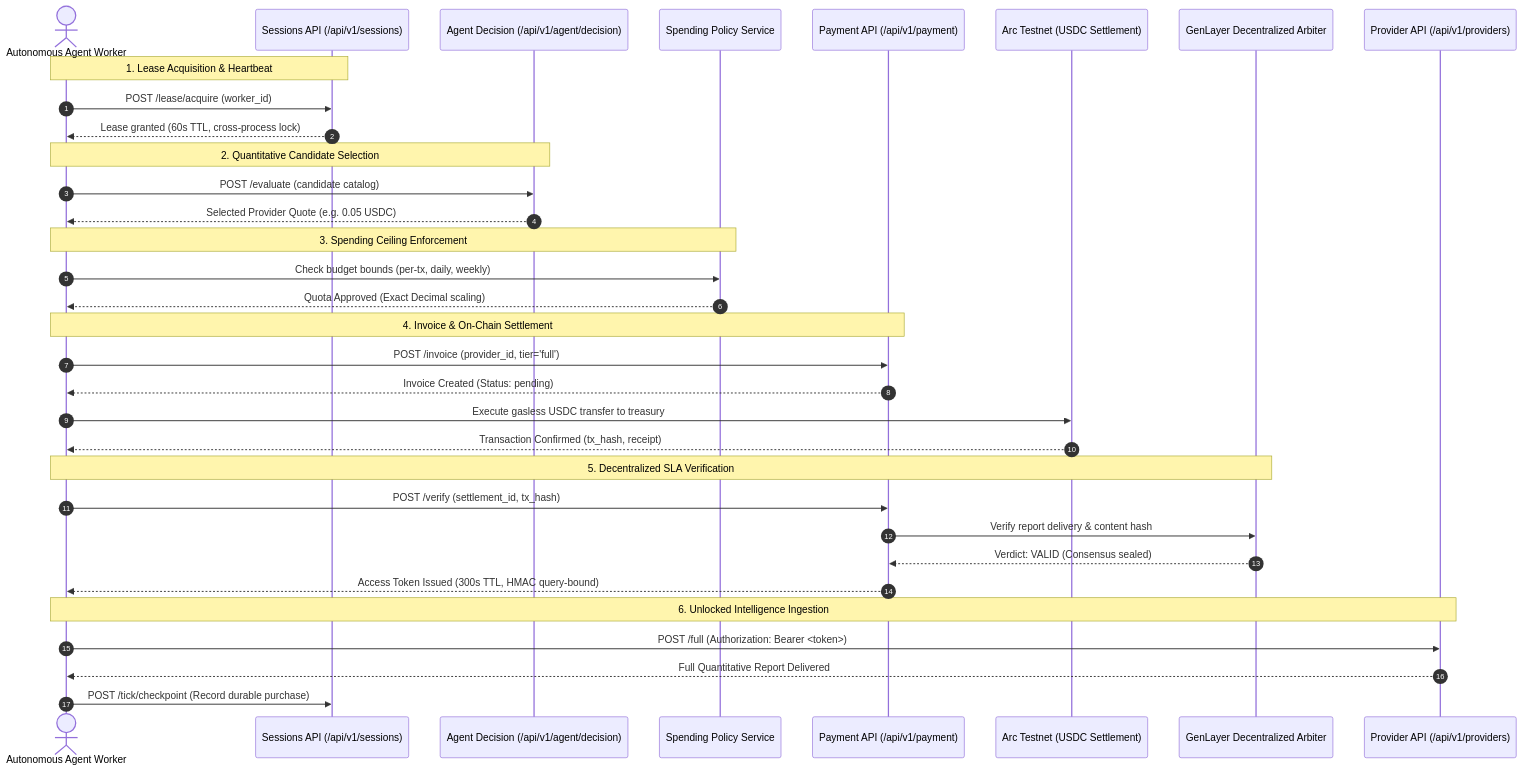
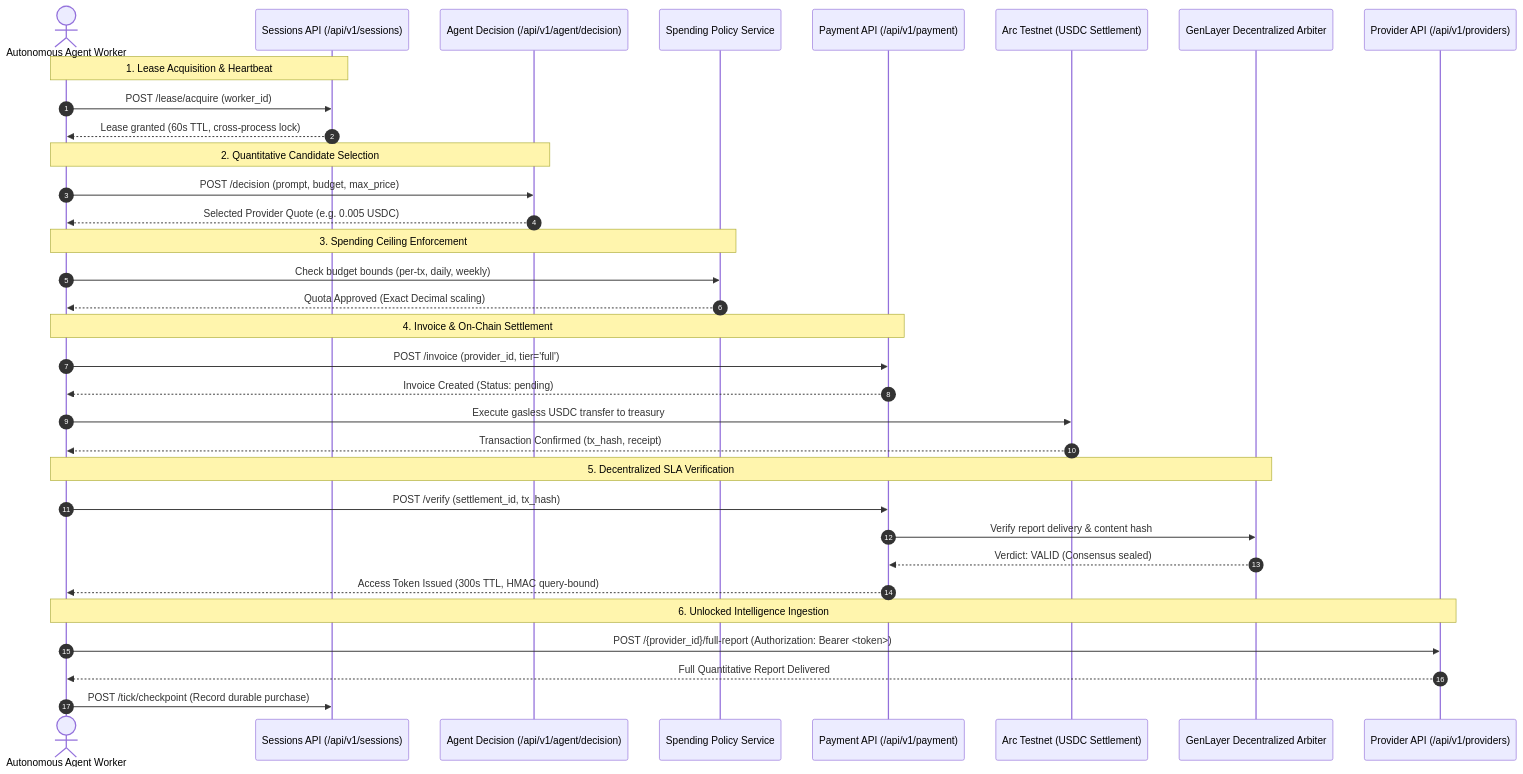
Before and after one commit to hoanlv214/genqma: the third of 7 diagrams in docs/ARCHITECTURE.md, drawn with Mermaid. The commit also changed other lines of this file and 11 other files, not shown here.

````diff
--- a/docs/ARCHITECTURE.md
+++ b/docs/ARCHITECTURE.md
@@ -136,41 +202,41 @@
 ```mermaid
 sequenceDiagram
     autonumber
     actor CLI as Autonomous Agent Worker
     participant SessionAPI as Sessions API (/api/v1/sessions)
     participant DecisionAPI as Agent Decision (/api/v1/agent/decision)
     participant SpendingPolicy as Spending Policy Service
     participant PaymentAPI as Payment API (/api/v1/payment)
     participant ArcChain as Arc Testnet (USDC Settlement)
     participant GenLayer as GenLayer Decentralized Arbiter
     participant ProviderAPI as Provider API (/api/v1/providers)
 
     Note over CLI, SessionAPI: 1. Lease Acquisition & Heartbeat
     CLI->>SessionAPI: POST /lease/acquire (worker_id)
     SessionAPI-->>CLI: Lease granted (60s TTL, cross-process lock)
 
     Note over CLI, DecisionAPI: 2. Quantitative Candidate Selection
-    CLI->>DecisionAPI: POST /evaluate (candidate catalog)
-    DecisionAPI-->>CLI: Selected Provider Quote (e.g. 0.05 USDC)
+    CLI->>DecisionAPI: POST /decision (prompt, budget, max_price)
+    DecisionAPI-->>CLI: Selected Provider Quote (e.g. 0.005 USDC)
 
     Note over CLI, SpendingPolicy: 3. Spending Ceiling Enforcement
     CLI->>SpendingPolicy: Check budget bounds (per-tx, daily, weekly)
     SpendingPolicy-->>CLI: Quota Approved (Exact Decimal scaling)
 
     Note over CLI, PaymentAPI: 4. Invoice & On-Chain Settlement
     CLI->>PaymentAPI: POST /invoice (provider_id, tier='full')
     PaymentAPI-->>CLI: Invoice Created (Status: pending)
     CLI->>ArcChain: Execute gasless USDC transfer to treasury
     ArcChain-->>CLI: Transaction Confirmed (tx_hash, receipt)
 
     Note over CLI, GenLayer: 5. Decentralized SLA Verification
     CLI->>PaymentAPI: POST /verify (settlement_id, tx_hash)
     PaymentAPI->>GenLayer: Verify report delivery & content hash
     GenLayer-->>PaymentAPI: Verdict: VALID (Consensus sealed)
     PaymentAPI-->>CLI: Access Token Issued (300s TTL, HMAC query-bound)
 
     Note over CLI, ProviderAPI: 6. Unlocked Intelligence Ingestion
-    CLI->>ProviderAPI: POST /full (Authorization: Bearer <token>)
+    CLI->>ProviderAPI: POST /{provider_id}/full-report (Authorization: Bearer <token>)
     ProviderAPI-->>CLI: Full Quantitative Report Delivered
     CLI->>SessionAPI: POST /tick/checkpoint (Record durable purchase)
 ```
````
